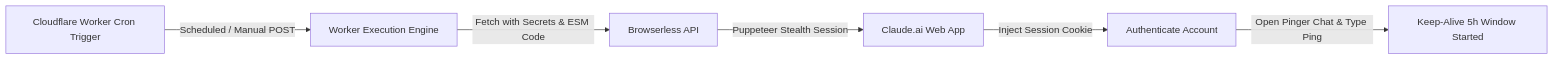
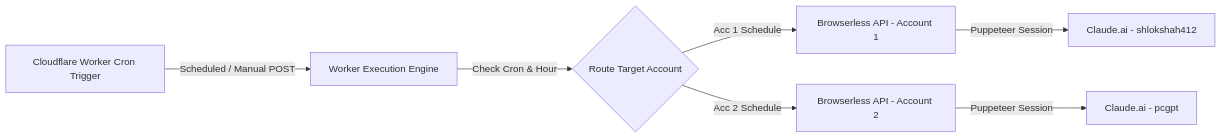
Before and after one commit to shlokkokk/claude-pinger: the diagram in README.md, drawn with Mermaid. The commit also changed other lines of this file, not shown here.

Commit message:
docs: update README with full dual-account architecture, schedule table, and testing endpoints

````diff
--- a/README.md
+++ b/README.md
@@ -26,8 +29,9 @@
 ```mermaid
 flowchart LR
     A[Cloudflare Worker Cron Trigger] -->|Scheduled / Manual POST| B[Worker Execution Engine]
-    B -->|Fetch with Secrets & ESM Code| C[Browserless API]
-    C -->|Puppeteer Stealth Session| D[Claude.ai Web App]
-    D -->|Inject Session Cookie| E[Authenticate Account]
-    E -->|Open Pinger Chat & Type Ping| F[Keep-Alive 5h Window Started]
+    B -->|Check Cron & Hour| C{Route Target Account}
+    C -->|Acc 1 Schedule| D[Browserless API - Account 1]
+    C -->|Acc 2 Schedule| E[Browserless API - Account 2]
+    D -->|Puppeteer Session| F[Claude.ai - shlokshah412]
+    E -->|Puppeteer Session| G[Claude.ai - pcgpt]
 ```
````
